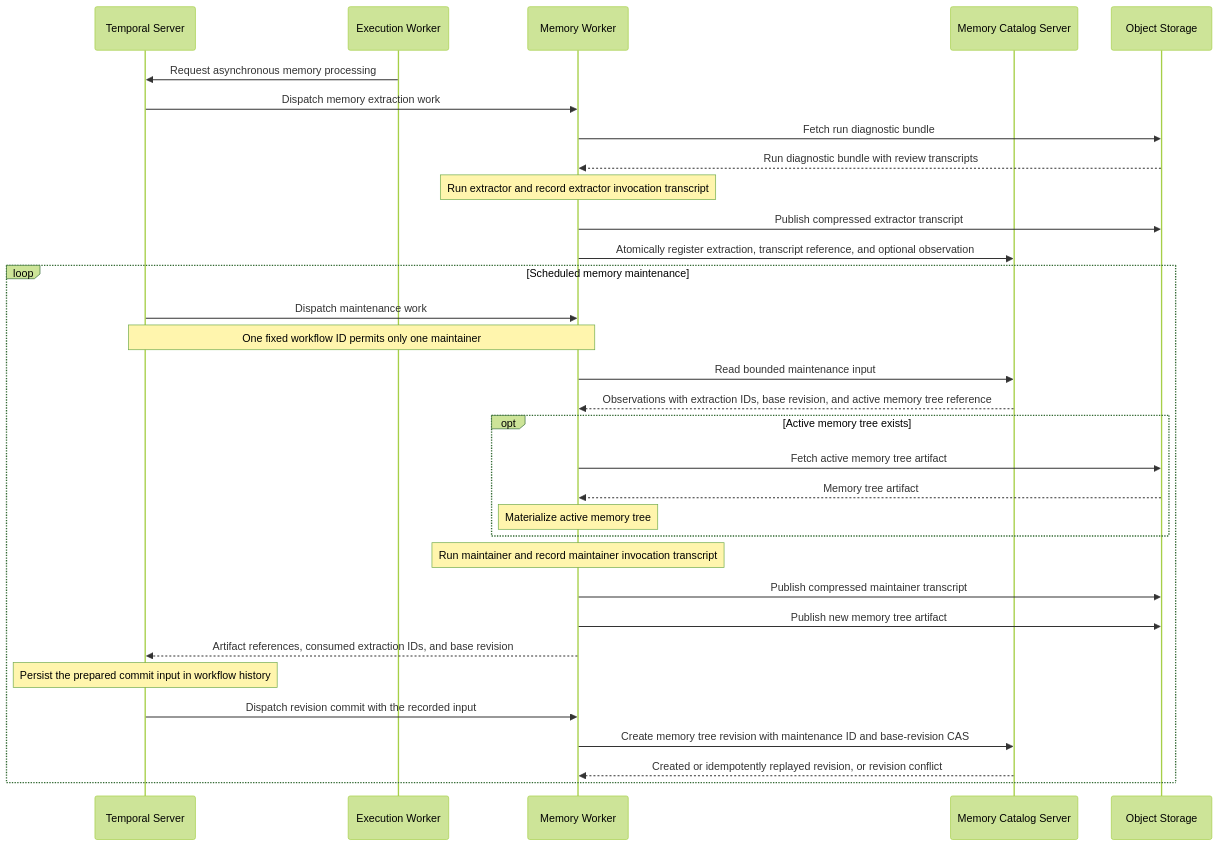
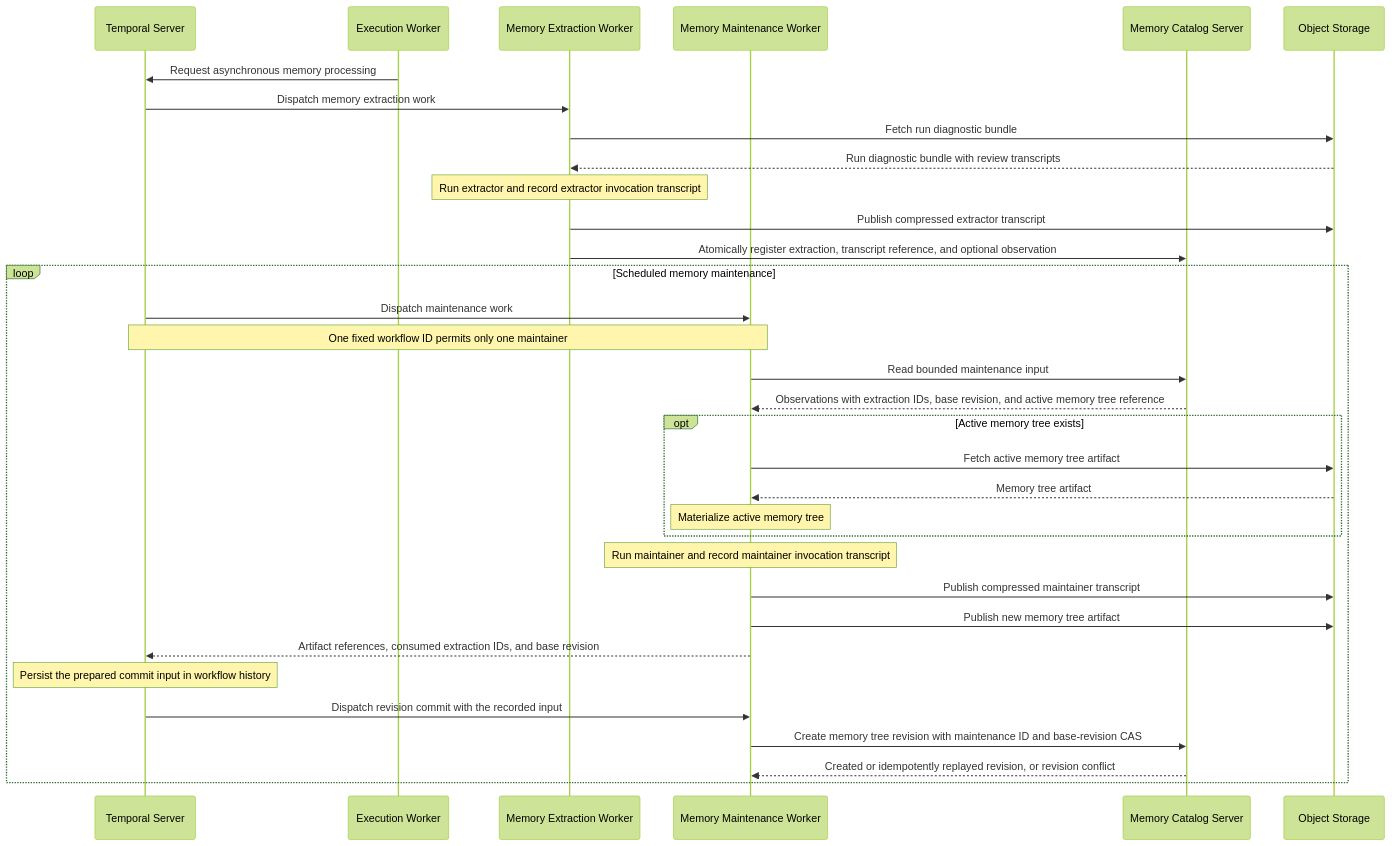
Before and after one commit to Agent-AI-Chalmers/sec-review-bot: the second of 2 diagrams in docs/architecture/SYSTEM_ARCHITECTURE.md, drawn with Mermaid (forest theme). The commit also changed other lines of this file and 46 other files, not shown here.

Commit message:
refactor(memory)!: split extraction and maintenance workers

````diff
--- a/docs/architecture/SYSTEM_ARCHITECTURE.md
+++ b/docs/architecture/SYSTEM_ARCHITECTURE.md
@@ -61,35 +62,36 @@
 ```mermaid
 sequenceDiagram
   participant Temporal as Temporal Server
   participant ExecutionWorker as Execution Worker
-  participant MemoryWorker as Memory Worker
+  participant ExtractionWorker as Memory Extraction Worker
+  participant MaintenanceWorker as Memory Maintenance Worker
   participant Catalog as Memory Catalog Server
   participant Storage as Object Storage
 
   ExecutionWorker->>Temporal: Request asynchronous memory processing
-  Temporal->>MemoryWorker: Dispatch memory extraction work
-  MemoryWorker->>Storage: Fetch run diagnostic bundle
-  Storage-->>MemoryWorker: Run diagnostic bundle with review transcripts
-  Note over MemoryWorker: Run extractor and record extractor invocation transcript
-  MemoryWorker->>Storage: Publish compressed extractor transcript
-  MemoryWorker->>Catalog: Atomically register extraction, transcript reference, and optional observation
+  Temporal->>ExtractionWorker: Dispatch memory extraction work
+  ExtractionWorker->>Storage: Fetch run diagnostic bundle
+  Storage-->>ExtractionWorker: Run diagnostic bundle with review transcripts
+  Note over ExtractionWorker: Run extractor and record extractor invocation transcript
+  ExtractionWorker->>Storage: Publish compressed extractor transcript
+  ExtractionWorker->>Catalog: Atomically register extraction, transcript reference, and optional observation
   loop Scheduled memory maintenance
-    Temporal->>MemoryWorker: Dispatch maintenance work
-    Note over Temporal,MemoryWorker: One fixed workflow ID permits only one maintainer
-    MemoryWorker->>Catalog: Read bounded maintenance input
-    Catalog-->>MemoryWorker: Observations with extraction IDs, base revision, and active memory tree reference
+    Temporal->>MaintenanceWorker: Dispatch maintenance work
+    Note over Temporal,MaintenanceWorker: One fixed workflow ID permits only one maintainer
+    MaintenanceWorker->>Catalog: Read bounded maintenance input
+    Catalog-->>MaintenanceWorker: Observations with extraction IDs, base revision, and active memory tree reference
     opt Active memory tree exists
-      MemoryWorker->>Storage: Fetch active memory tree artifact
-      Storage-->>MemoryWorker: Memory tree artifact
-      Note over MemoryWorker: Materialize active memory tree
+      MaintenanceWorker->>Storage: Fetch active memory tree artifact
+      Storage-->>MaintenanceWorker: Memory tree artifact
+      Note over MaintenanceWorker: Materialize active memory tree
     end
-    Note over MemoryWorker: Run maintainer and record maintainer invocation transcript
-    MemoryWorker->>Storage: Publish compressed maintainer transcript
-    MemoryWorker->>Storage: Publish new memory tree artifact
-    MemoryWorker-->>Temporal: Artifact references, consumed extraction IDs, and base revision
+    Note over MaintenanceWorker: Run maintainer and record maintainer invocation transcript
+    MaintenanceWorker->>Storage: Publish compressed maintainer transcript
+    MaintenanceWorker->>Storage: Publish new memory tree artifact
+    MaintenanceWorker-->>Temporal: Artifact references, consumed extraction IDs, and base revision
     Note over Temporal: Persist the prepared commit input in workflow history
-    Temporal->>MemoryWorker: Dispatch revision commit with the recorded input
-    MemoryWorker->>Catalog: Create memory tree revision with maintenance ID and base-revision CAS
-    Catalog-->>MemoryWorker: Created or idempotently replayed revision, or revision conflict
+    Temporal->>MaintenanceWorker: Dispatch revision commit with the recorded input
+    MaintenanceWorker->>Catalog: Create memory tree revision with maintenance ID and base-revision CAS
+    Catalog-->>MaintenanceWorker: Created or idempotently replayed revision, or revision conflict
   end
 ```
````
